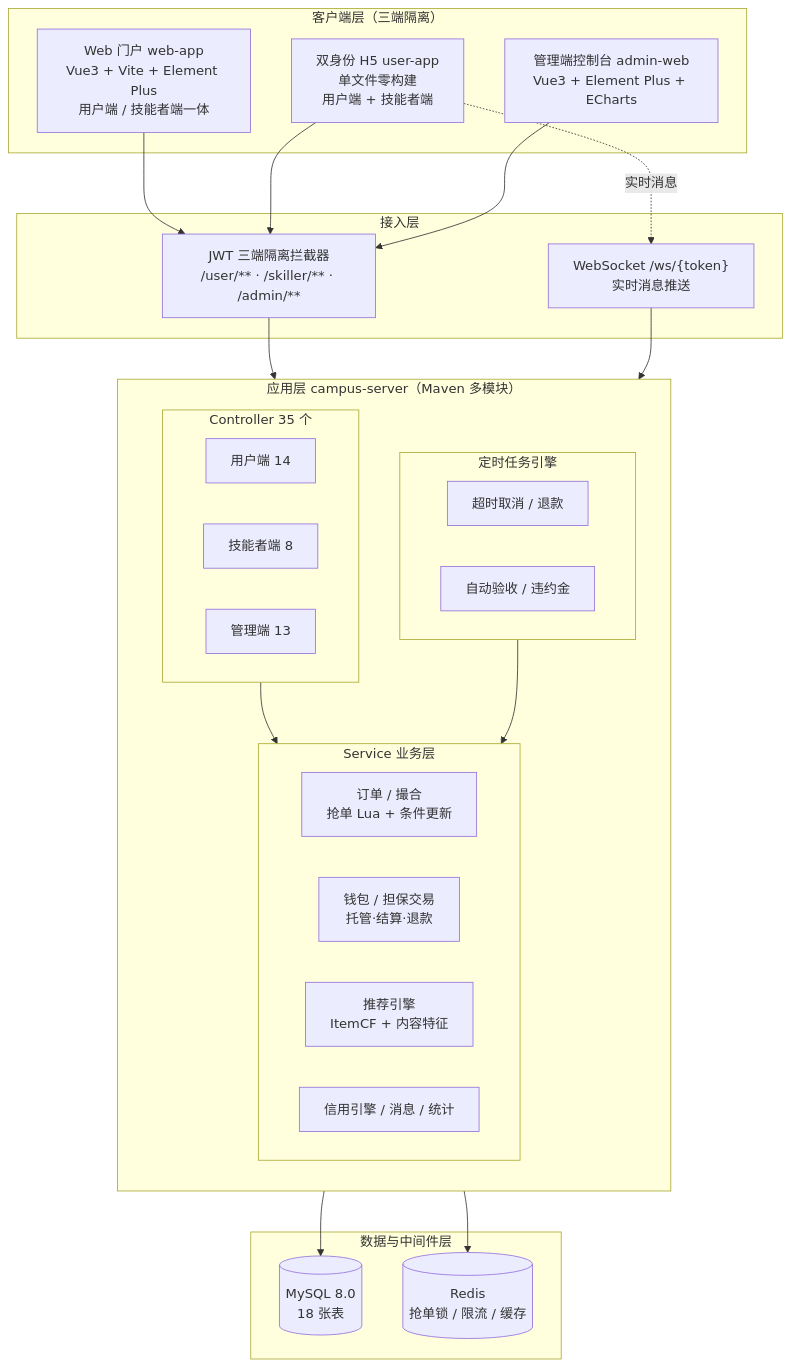
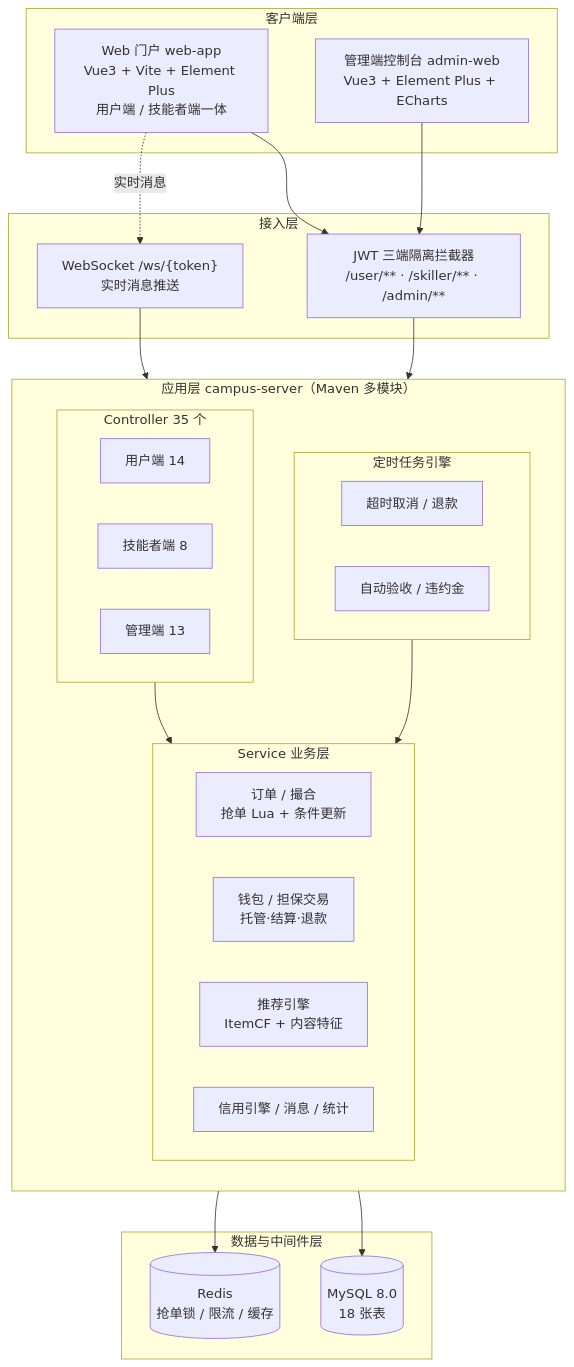
The diagram in docs/论文图/01-系统总体架构图.mmd (istilljump/campus-skill), drawn with Mermaid before and after one commit. The commit also changed 21 other files, not shown here.

First line of the commit message:
refactor: 裁撤 user-app 双身份 H5 移动端，聚焦 web-app + admin-web 双端交付

```diff
--- a/docs/论文图/01-系统总体架构图.mmd
+++ b/docs/论文图/01-系统总体架构图.mmd
@@ -1,46 +1,44 @@
 flowchart TB
-    subgraph Client["客户端层（三端隔离）"]
+    subgraph Client["客户端层"]
         WA["Web 门户 web-app<br/>Vue3 + Vite + Element Plus<br/>用户端 / 技能者端一体"]
-        H5["双身份 H5 user-app<br/>单文件零构建<br/>用户端 + 技能者端"]
         AW["管理端控制台 admin-web<br/>Vue3 + Element Plus + ECharts"]
     end
 
     subgraph Gateway["接入层"]
         JWT["JWT 三端隔离拦截器<br/>/user/** · /skiller/** · /admin/**"]
         WS["WebSocket /ws/{token}<br/>实时消息推送"]
     end
 
     subgraph App["应用层 campus-server（Maven 多模块）"]
         direction TB
         subgraph Ctrl["Controller 35 个"]
             C1["用户端 14"]
             C2["技能者端 8"]
             C3["管理端 13"]
         end
         subgraph Svc["Service 业务层"]
             S1["订单 / 撮合<br/>抢单 Lua + 条件更新"]
             S2["钱包 / 担保交易<br/>托管·结算·退款"]
             S3["推荐引擎<br/>ItemCF + 内容特征"]
             S4["信用引擎 / 消息 / 统计"]
         end
         subgraph Task["定时任务引擎"]
             T1["超时取消 / 退款"]
             T2["自动验收 / 违约金"]
         end
     end
 
     subgraph Infra["数据与中间件层"]
         DB[("MySQL 8.0<br/>18 张表")]
         RD[("Redis<br/>抢单锁 / 限流 / 缓存")]
     end
 
     WA --> JWT
-    H5 --> JWT
     AW --> JWT
-    H5 -.实时消息.-> WS
+    WA -.实时消息.-> WS
     JWT --> Ctrl
     Ctrl --> Svc
     Task --> Svc
     Svc --> DB
     Svc --> RD
     WS --> Svc
```
